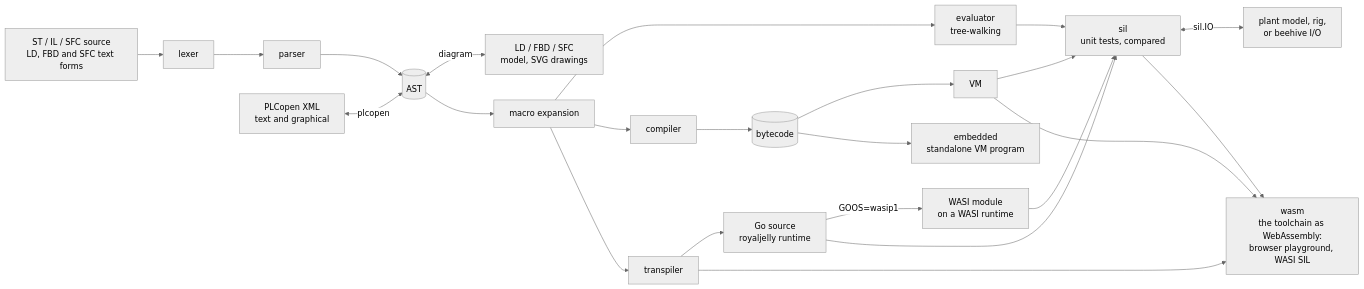
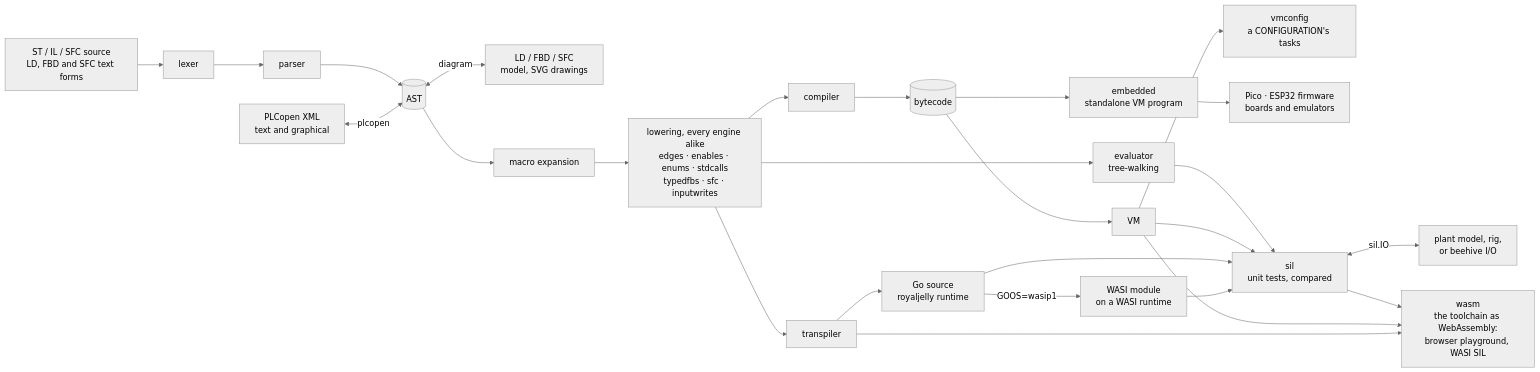
One commit to apiarytech/beedance changed the diagram in doc/architecture.md. Above: the diagram before and after it, drawn with Mermaid (neutral theme). The commit also changed other lines of this file and 3 other files, not shown here.

First line of the commit message:
doc: bring architecture.md and architecture.svg up to date, and test it

````diff
--- a/doc/architecture.md
+++ b/doc/architecture.md
@@ -5,15 +5,18 @@
 ```mermaid
 flowchart LR
     src[ST / IL / SFC source<br/>LD, FBD and SFC text forms] --> lex[lexer] --> par[parser] --> ast[(AST)]
     xml[PLCopen XML<br/>text and graphical] <-->|plcopen| ast
     ast <-->|diagram| svg[LD / FBD / SFC<br/>model, SVG drawings]
     ast --> mac[macro expansion]
-    mac --> ev[evaluator<br/>tree-walking]
-    mac --> comp[compiler] --> bc[(bytecode)] --> vm[VM]
-    mac --> tr[transpiler] --> go[Go source<br/>royaljelly runtime]
+    mac --> low[lowering, every engine alike<br/>edges · enables · enums · stdcalls<br/>typedfbs · sfc · inputwrites]
+    low --> ev[evaluator<br/>tree-walking]
+    low --> comp[compiler] --> bc[(bytecode)] --> vm[VM]
+    low --> tr[transpiler] --> go[Go source<br/>royaljelly runtime]
+    vm --> cfg[vmconfig<br/>a CONFIGURATION's tasks]
     bc --> emb[embedded<br/>standalone VM program]
+    emb --> mcu[Pico · ESP32 firmware<br/>boards and emulators]
     go -->|GOOS=wasip1| wmod[WASI module<br/>on a WASI runtime]
     ev & vm & go & wmod --> sil[sil<br/>unit tests, compared]
     sil <-->|sil.IO| io[plant model, rig,<br/>or beehive I/O]
     sil & vm & tr --> wasm[wasm<br/>the toolchain as WebAssembly:<br/>browser playground, WASI SIL]
 ```
````
